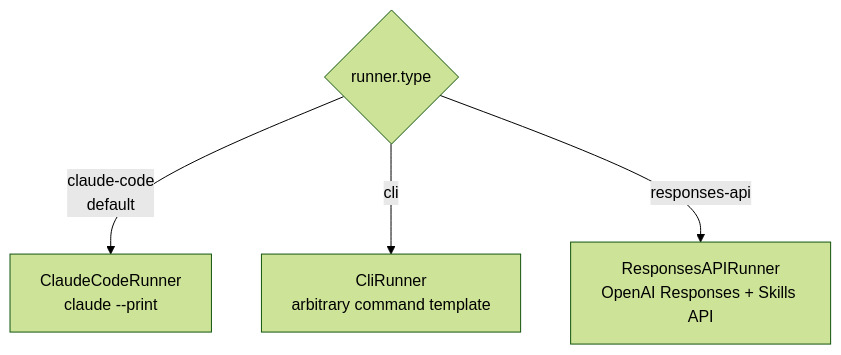
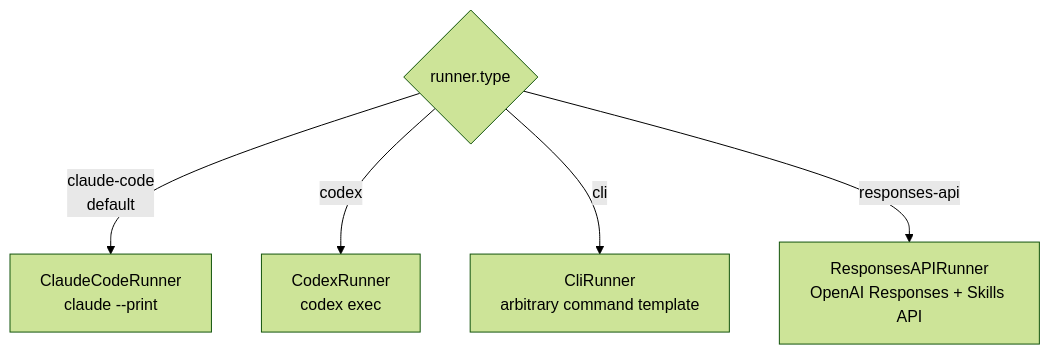
The diagram in website/reference/config/runner.md (GuyZivRH/agent-eval-harness), drawn with Mermaid (forest theme) before and after one commit. The commit also changed other lines of this file and 26 other files, not shown here.

````diff
--- a/website/reference/config/runner.md
+++ b/website/reference/config/runner.md
@@ -16,7 +16,8 @@
 ```mermaid
 flowchart TD
     T{runner.type}
     T -->|claude-code<br/>default| CC[ClaudeCodeRunner<br/>claude --print]
+    T -->|codex| CX[CodexRunner<br/>codex exec]
     T -->|cli| CLI[CliRunner<br/>arbitrary command template]
     T -->|responses-api| RA[ResponsesAPIRunner<br/>OpenAI Responses + Skills API]
 ```
````
